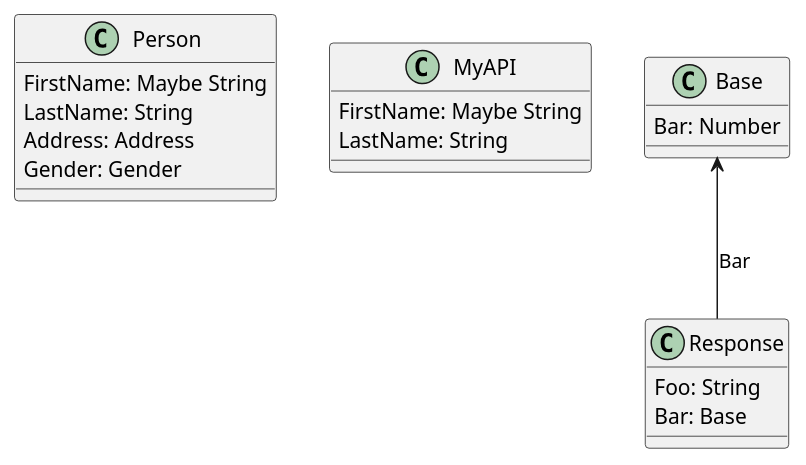
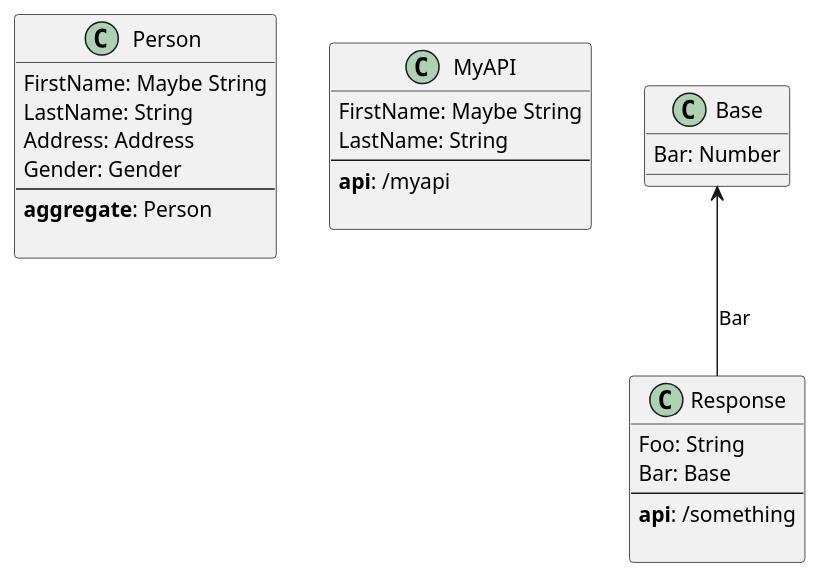
The diagram in Examples/.out/v0.0.1/APIs.API/APIs.API.puml (Baudin999/car-lang), drawn with PlantUML before and after one commit. The commit also changed 30 other files, not shown here.

```diff
--- a/Examples/.out/v0.0.1/APIs.API/APIs.API.puml
+++ b/Examples/.out/v0.0.1/APIs.API/APIs.API.puml
@@ -1,18 +1,27 @@
 class "Person " as Person  {
 	FirstName: Maybe String
 	LastName: String 
 	Address: Address 
 	Gender: Gender 
+--
+  <b>aggregate</b>: Person
+    
 }
 class "MyAPI" as MyAPI  {
 	FirstName: Maybe String
 	LastName: String 
+--
+  <b>api</b>: /myapi
+    
 }
 class "Base" as Base  {
 	Bar: Number 
 }
 class "Response" as Response  {
 	Foo: String 
 	Bar: Base 
+--
+  <b>api</b>: /something
+    
 }
 Base <-- Response : Bar
```
